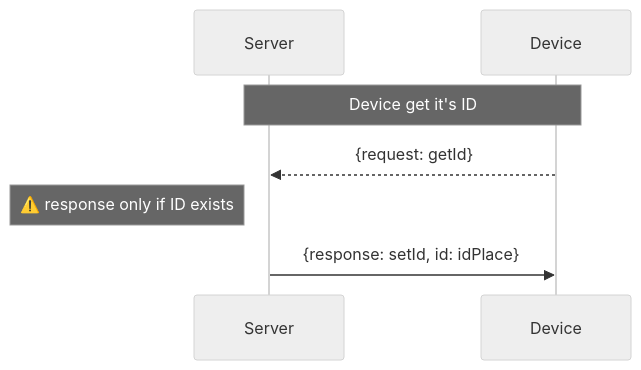
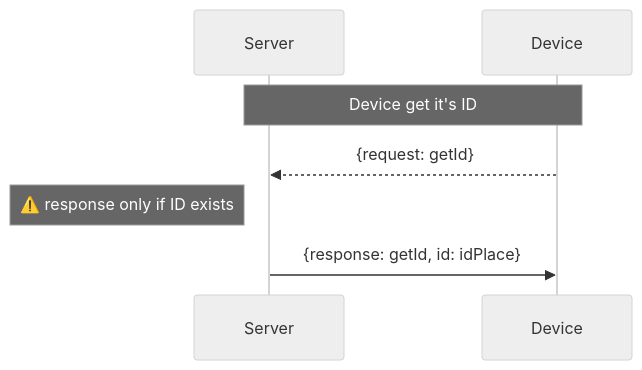
The second of 6 diagrams in README.md (katheleligaf/rio203-sensors), drawn with Mermaid (neutral theme) before and after one commit.

````diff
--- a/README.md
+++ b/README.md
@@ -16,7 +16,7 @@
 ```mermaid
 sequenceDiagram
     Note over Server,Device: Device get it's ID
     Device -->> Server: {request: getId}
     Note left of Server: ⚠️ response only if ID exists
-    Server ->>Device : {response: setId, id: idPlace} 
+    Server ->>Device : {response: getId, id: idPlace} 
 ```
````
